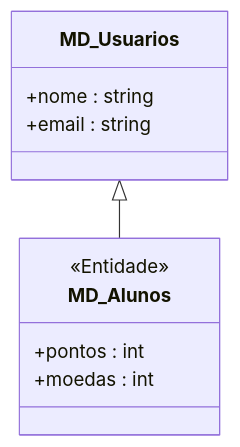
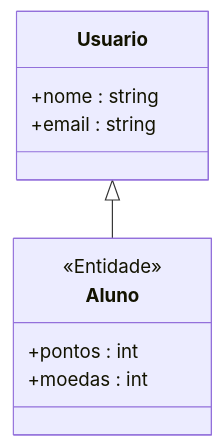
One commit to MayconDIS/PIM_III-Documentacao_UML changed the first of 2 diagrams in PIM_III/02_Modelagem_UML_Astah/UC02_Cadastrar_Usuario/README.md. Above: the diagram before and after it, drawn with Mermaid. The commit also changed other lines of this file and 86 other files, not shown here.

Commit message:
docs(uml): add comprehensive UML diagrams and tutorials for all 15 use cases

````diff
--- a/PIM_III/02_Modelagem_UML_Astah/UC02_Cadastrar_Usuario/README.md
+++ b/PIM_III/02_Modelagem_UML_Astah/UC02_Cadastrar_Usuario/README.md
@@ -42,13 +42,13 @@
 ```mermaid
 classDiagram
-    MD_Usuarios <|-- MD_Alunos
-    class MD_Usuarios {
+    Usuario <|-- Aluno
+    class Usuario {
         +nome : string
         +email : string
     }
-    class MD_Alunos {
+    class Aluno {
         <<Entidade>>
         +pontos : int
         +moedas : int
     }
 ```
````
